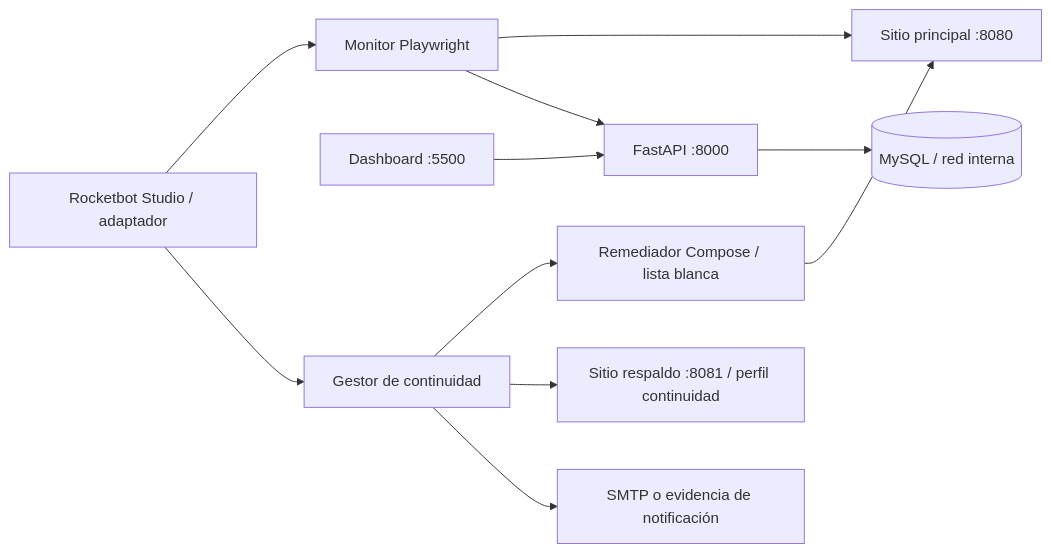
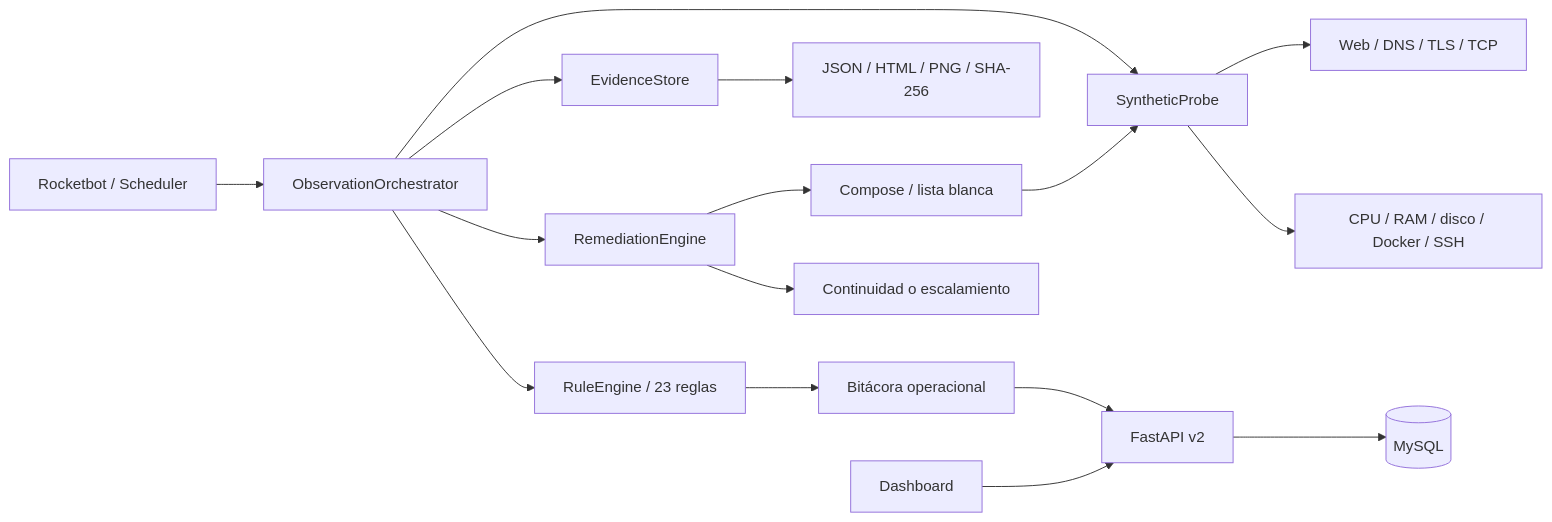
Before and after one commit to SmokeNet/ProyectoTesisUDLA: the diagram in docs/arquitectura.md, drawn with Mermaid. The commit also changed other lines of this file and 47 other files, not shown here.

````diff
--- a/docs/arquitectura.md
+++ b/docs/arquitectura.md
@@ -12,13 +3,18 @@
 ```mermaid
 flowchart LR
-    R["Rocketbot Studio / adaptador"] --> M["Monitor Playwright"]
-    M --> S["Sitio principal :8080"]
-    M --> A["FastAPI :8000"]
-    A --> D[("MySQL / red interna")]
-    W["Dashboard :5500"] --> A
-    R --> C["Gestor de continuidad"]
-    C --> X["Remediador Compose / lista blanca"]
-    X --> S
-    C --> B["Sitio respaldo :8081 / perfil continuidad"]
-    C --> N["SMTP o evidencia de notificación"]
+    R["Rocketbot / Scheduler"] --> O["ObservationOrchestrator"]
+    O --> P["SyntheticProbe"]
+    P --> W["Web / DNS / TLS / TCP"]
+    P --> I["CPU / RAM / disco / Docker / SSH"]
+    O --> E["RuleEngine / 23 reglas"]
+    E --> B["Bitácora operacional"]
+    B --> A["FastAPI v2"]
+    A --> D[("MySQL")]
+    O --> V["EvidenceStore"]
+    V --> F["JSON / HTML / PNG / SHA-256"]
+    O --> M["RemediationEngine"]
+    M --> C["Compose / lista blanca"]
+    C --> P
+    M --> X["Continuidad o escalamiento"]
+    Q["Dashboard"] --> A
 ```
````
